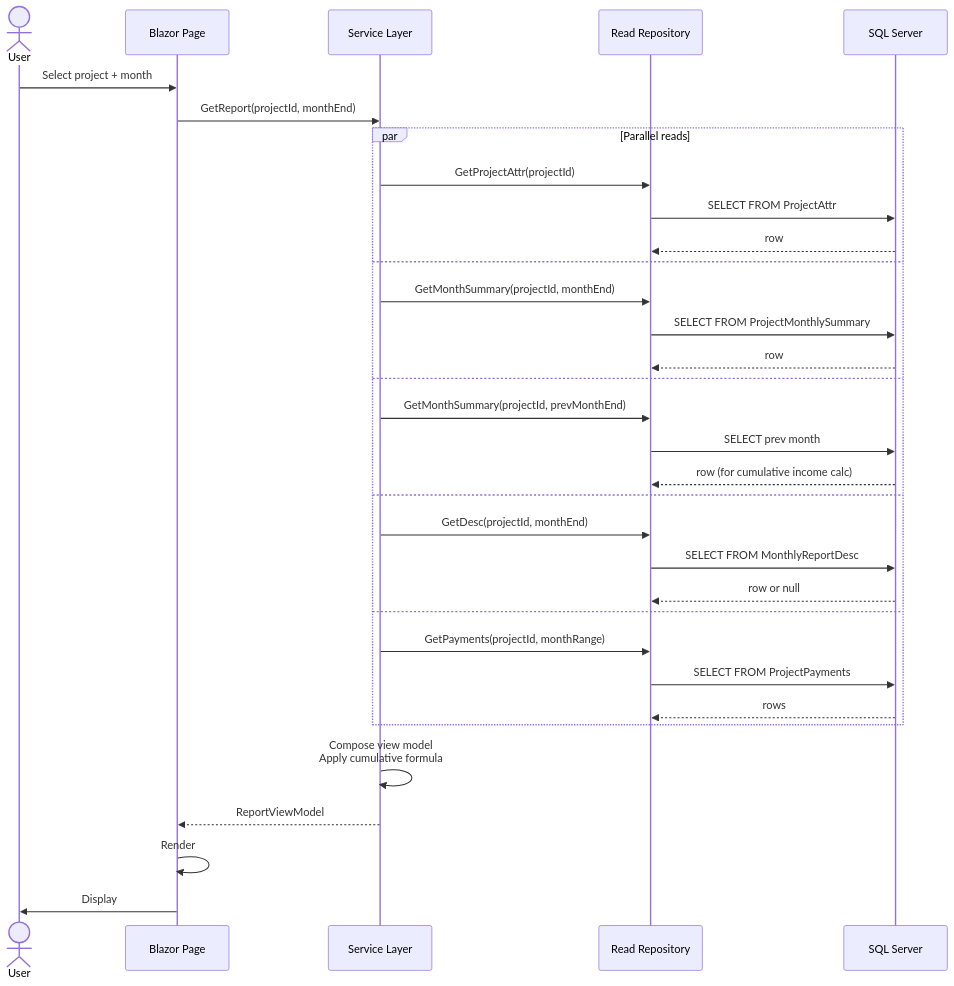
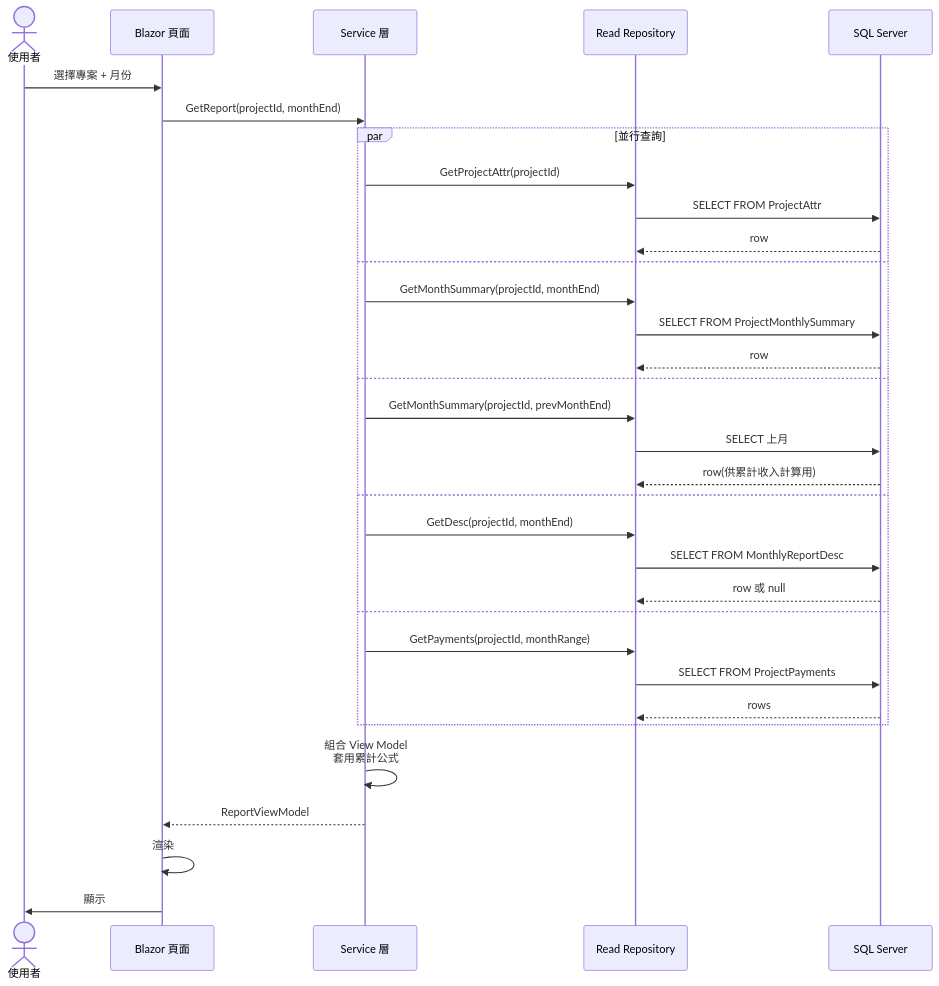
One commit to weixiang1130/Monthly-Cost-Control-Report changed the third of 8 diagrams in docs/ARCHITECTURE.md. Above: the diagram before and after it, drawn with Mermaid. The commit also changed other lines of this file and 5 other files, not shown here.

````diff
--- a/docs/ARCHITECTURE.md
+++ b/docs/ARCHITECTURE.md
@@ -94,38 +94,38 @@
 ```mermaid
 sequenceDiagram
-    actor User
-    participant UI as Blazor Page
-    participant Svc as Service Layer
+    actor User as 使用者
+    participant UI as Blazor 頁面
+    participant Svc as Service 層
     participant Read as Read Repository
     participant DB as SQL Server
 
-    User->>UI: Select project + month
+    User->>UI: 選擇專案 + 月份
     UI->>Svc: GetReport(projectId, monthEnd)
 
-    par Parallel reads
+    par 並行查詢
         Svc->>Read: GetProjectAttr(projectId)
         Read->>DB: SELECT FROM ProjectAttr
         DB-->>Read: row
     and
         Svc->>Read: GetMonthSummary(projectId, monthEnd)
         Read->>DB: SELECT FROM ProjectMonthlySummary
         DB-->>Read: row
     and
         Svc->>Read: GetMonthSummary(projectId, prevMonthEnd)
-        Read->>DB: SELECT prev month
-        DB-->>Read: row (for cumulative income calc)
+        Read->>DB: SELECT 上月
+        DB-->>Read: row(供累計收入計算用)
     and
         Svc->>Read: GetDesc(projectId, monthEnd)
         Read->>DB: SELECT FROM MonthlyReportDesc
-        DB-->>Read: row or null
+        DB-->>Read: row 或 null
     and
         Svc->>Read: GetPayments(projectId, monthRange)
         Read->>DB: SELECT FROM ProjectPayments
         DB-->>Read: rows
     end
 
-    Svc->>Svc: Compose view model<br/>Apply cumulative formula
+    Svc->>Svc: 組合 View Model<br/>套用累計公式
     Svc-->>UI: ReportViewModel
-    UI->>UI: Render
-    UI->>User: Display
+    UI->>UI: 渲染
+    UI->>User: 顯示
 ```
````
